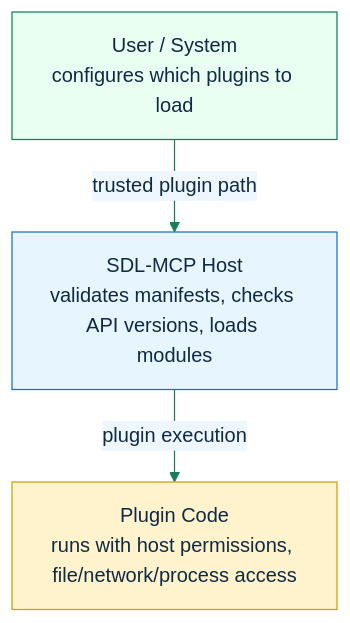
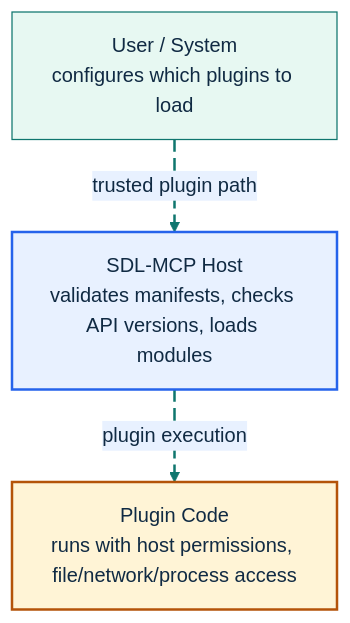
The first of 2 diagrams in docs/plugin-sdk-security.md (GlitterKill/sdl-mcp), drawn with Mermaid before and after one commit. The commit also changed other lines of this file and 33 other files, not shown here.

First line of the commit message:
docs: update mermaid diagram themes and styling across documentation

````diff
--- a/docs/plugin-sdk-security.md
+++ b/docs/plugin-sdk-security.md
@@ -48,9 +48,18 @@
 ```mermaid
-%%{init: {"theme":"base","themeVariables":{"primaryColor":"#e8fff1","primaryBorderColor":"#157f5b","primaryTextColor":"#102a43","secondaryColor":"#eef6ff","secondaryBorderColor":"#2563eb","tertiaryColor":"#fff4d6","tertiaryBorderColor":"#b45309","lineColor":"#157f5b","fontFamily":"Trebuchet MS, Arial"},"flowchart":{"curve":"basis"}}}%%
+%%{init: {"theme":"base","themeVariables":{"background":"#ffffff","primaryColor":"#E7F8F2","primaryBorderColor":"#0F766E","primaryTextColor":"#102A43","secondaryColor":"#E8F1FF","secondaryBorderColor":"#2563EB","secondaryTextColor":"#102A43","tertiaryColor":"#FFF4D6","tertiaryBorderColor":"#B45309","tertiaryTextColor":"#102A43","lineColor":"#0F766E","textColor":"#102A43","fontFamily":"Inter, ui-sans-serif, system-ui, -apple-system, BlinkMacSystemFont, Segoe UI, sans-serif"},"flowchart":{"curve":"basis","htmlLabels":true}}}%%
 flowchart TD
-    User["User / System<br/>configures which plugins to load"] -->|"trusted plugin path"| Host["SDL-MCP Host<br/>validates manifests, checks API versions, loads modules"]
-    Host -->|"plugin execution"| Plugin["Plugin Code<br/>runs with host permissions, file/network/process access"]
+    User["User / System<br/>configures which plugins to load"] e1@-->|"trusted plugin path"| Host["SDL-MCP Host<br/>validates manifests, checks API versions, loads modules"]
+    Host e2@-->|"plugin execution"| Plugin["Plugin Code<br/>runs with host permissions, file/network/process access"]
 
-    style Host fill:#e7f5ff,stroke:#1971c2
-    style Plugin fill:#fff3cd,stroke:#d39e00
+    style Host fill:#E8F1FF,stroke:#2563EB,stroke-width:2px,color:#102A43
+    style Plugin fill:#FFF4D6,stroke:#B45309,stroke-width:2px,color:#102A43
+
+    classDef source fill:#E7F8F2,stroke:#0F766E,stroke-width:2px,color:#102A43;
+    classDef process fill:#E8F1FF,stroke:#2563EB,stroke-width:2px,color:#102A43;
+    classDef decision fill:#FFF4D6,stroke:#B45309,stroke-width:2px,color:#102A43;
+    classDef storage fill:#F2E8FF,stroke:#7C3AED,stroke-width:2px,color:#102A43;
+    classDef output fill:#FFE8EF,stroke:#BE123C,stroke-width:2px,color:#102A43;
+    classDef muted fill:#F8FAFC,stroke:#64748B,stroke-width:1px,color:#102A43;
+    classDef animate stroke:#0F766E,stroke-width:2px,stroke-dasharray:10\,5,stroke-dashoffset:900,animation:dash 22s linear infinite;
+    class e1,e2 animate;
 ```
````
